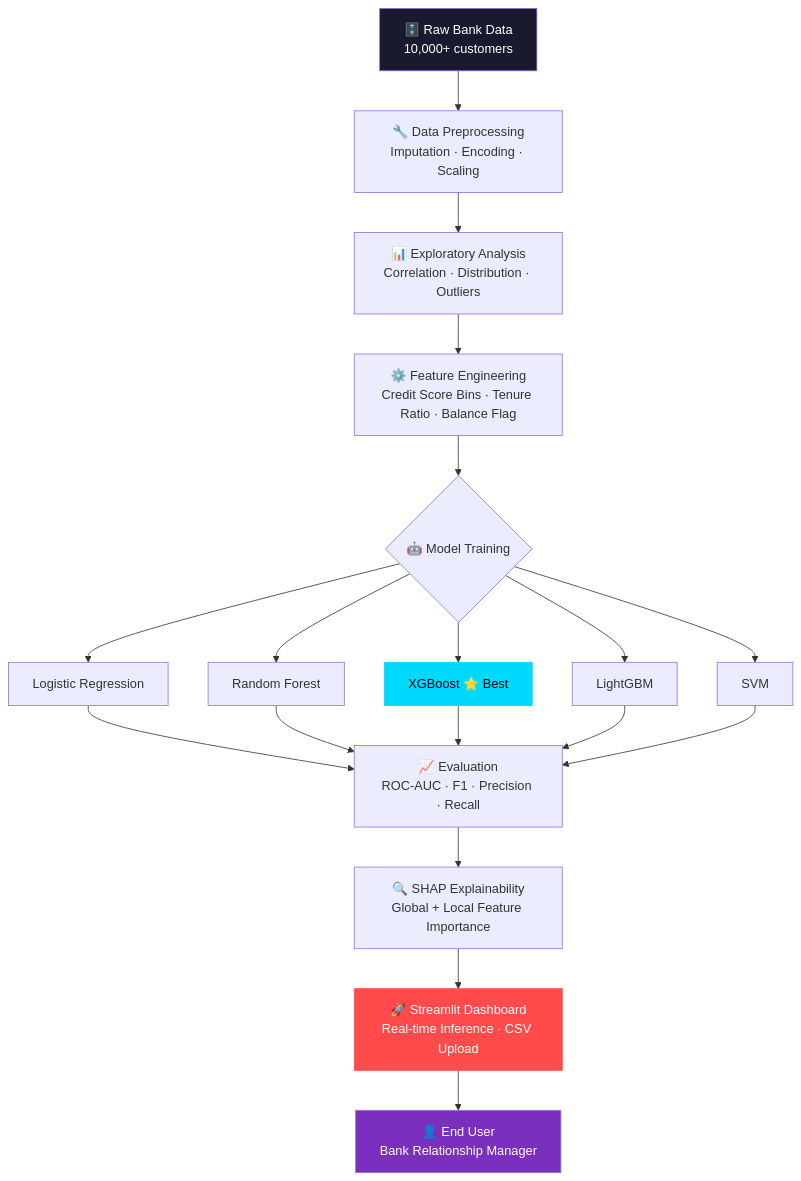
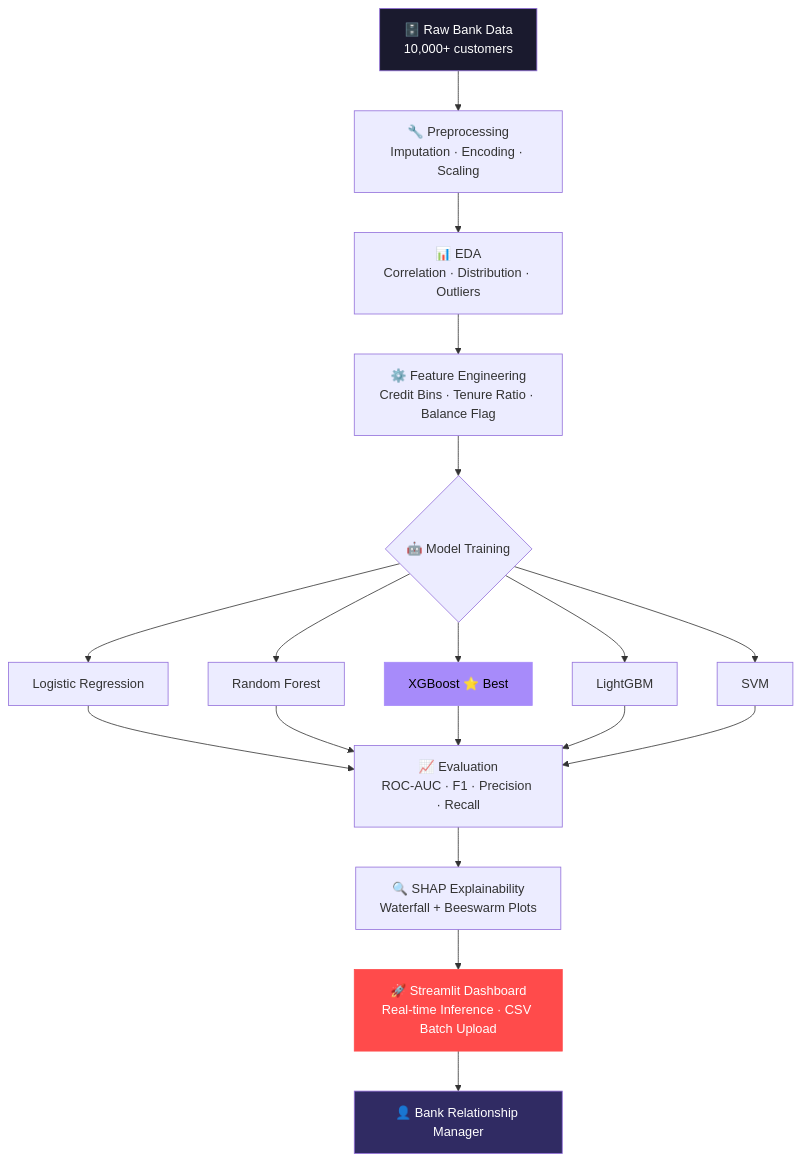
One commit to sahil-gaund03/achivement- changed the diagram in README.md. Above: the diagram before and after it, drawn with Mermaid. The commit also changed other lines of this file, not shown here.

````diff
--- a/README.md
+++ b/README.md
@@ -89,21 +146,21 @@
 ```mermaid
 flowchart TD
-    A[🗄️ Raw Bank Data\n10,000+ customers] --> B[🔧 Data Preprocessing\nImputation · Encoding · Scaling]
-    B --> C[📊 Exploratory Analysis\nCorrelation · Distribution · Outliers]
-    C --> D[⚙️ Feature Engineering\nCredit Score Bins · Tenure Ratio · Balance Flag]
+    A[🗄️ Raw Bank Data\n10,000+ customers] --> B[🔧 Preprocessing\nImputation · Encoding · Scaling]
+    B --> C[📊 EDA\nCorrelation · Distribution · Outliers]
+    C --> D[⚙️ Feature Engineering\nCredit Bins · Tenure Ratio · Balance Flag]
     D --> E{🤖 Model Training}
     E --> F[Logistic Regression]
     E --> G[Random Forest]
     E --> H[XGBoost ⭐ Best]
     E --> I[LightGBM]
     E --> J[SVM]
     F & G & H & I & J --> K[📈 Evaluation\nROC-AUC · F1 · Precision · Recall]
-    K --> L[🔍 SHAP Explainability\nGlobal + Local Feature Importance]
-    L --> M[🚀 Streamlit Dashboard\nReal-time Inference · CSV Upload]
-    M --> N[👤 End User\nBank Relationship Manager]
+    K --> L[🔍 SHAP Explainability\nWaterfall + Beeswarm Plots]
+    L --> M[🚀 Streamlit Dashboard\nReal-time Inference · CSV Batch Upload]
+    M --> N[👤 Bank Relationship Manager]
 
-    style H fill:#00D9FF,color:#000,stroke:#00D9FF
+    style H fill:#A78BFA,color:#000,stroke:#A78BFA
     style M fill:#FF4B4B,color:#fff,stroke:#FF4B4B
     style A fill:#1a1a2e,color:#fff
-    style N fill:#7B2FBE,color:#fff
+    style N fill:#302b63,color:#fff
 ```
````
